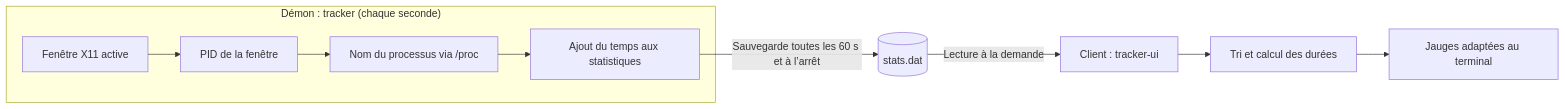
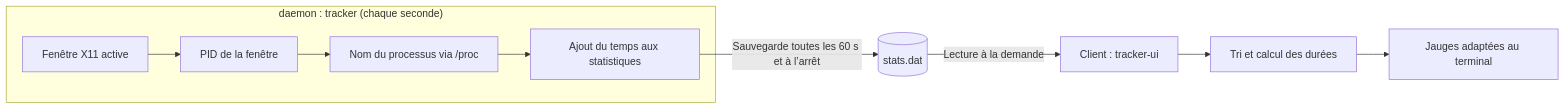
The first of 2 diagrams in Readme.md (DiegoDelvig/time-tracker-linux-X11), drawn with Mermaid before and after one commit. The commit also changed other lines of this file, not shown here.

Commit message:
Fix spelling of 'daemon' in Readme.md

````diff
--- a/Readme.md
+++ b/Readme.md
@@ -35,12 +35,12 @@
 ```mermaid
 flowchart LR
-    subgraph daemon["Démon : tracker (chaque seconde)"]
+    subgraph daemon["daemon : tracker (chaque seconde)"]
         x11["Fenêtre X11 active"] --> pid["PID de la fenêtre"]
         pid --> proc["Nom du processus via /proc"]
         proc --> stats["Ajout du temps aux statistiques"]
     end
     stats -->|"Sauvegarde toutes les 60 s et à l’arrêt"| file[("stats.dat")]
     file -->|"Lecture à la demande"| ui["Client : tracker-ui"]
     ui --> sort["Tri et calcul des durées"]
     sort --> bars["Jauges adaptées au terminal"]
 ```
````
